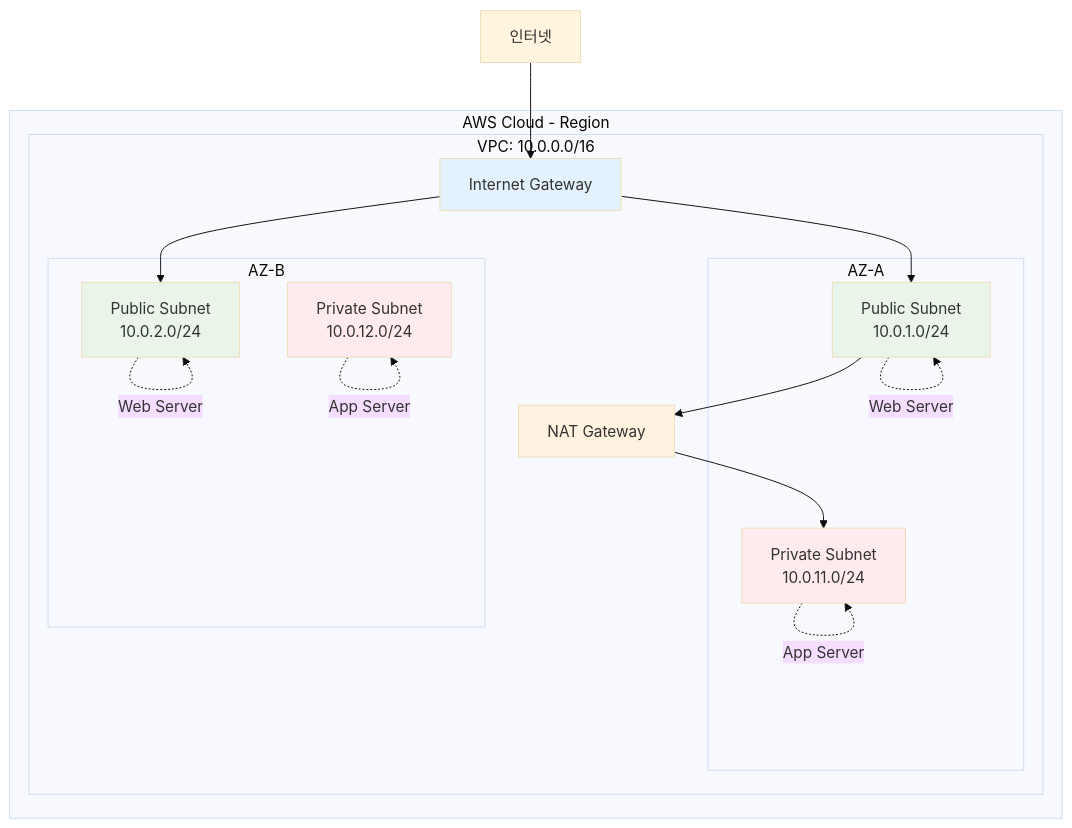
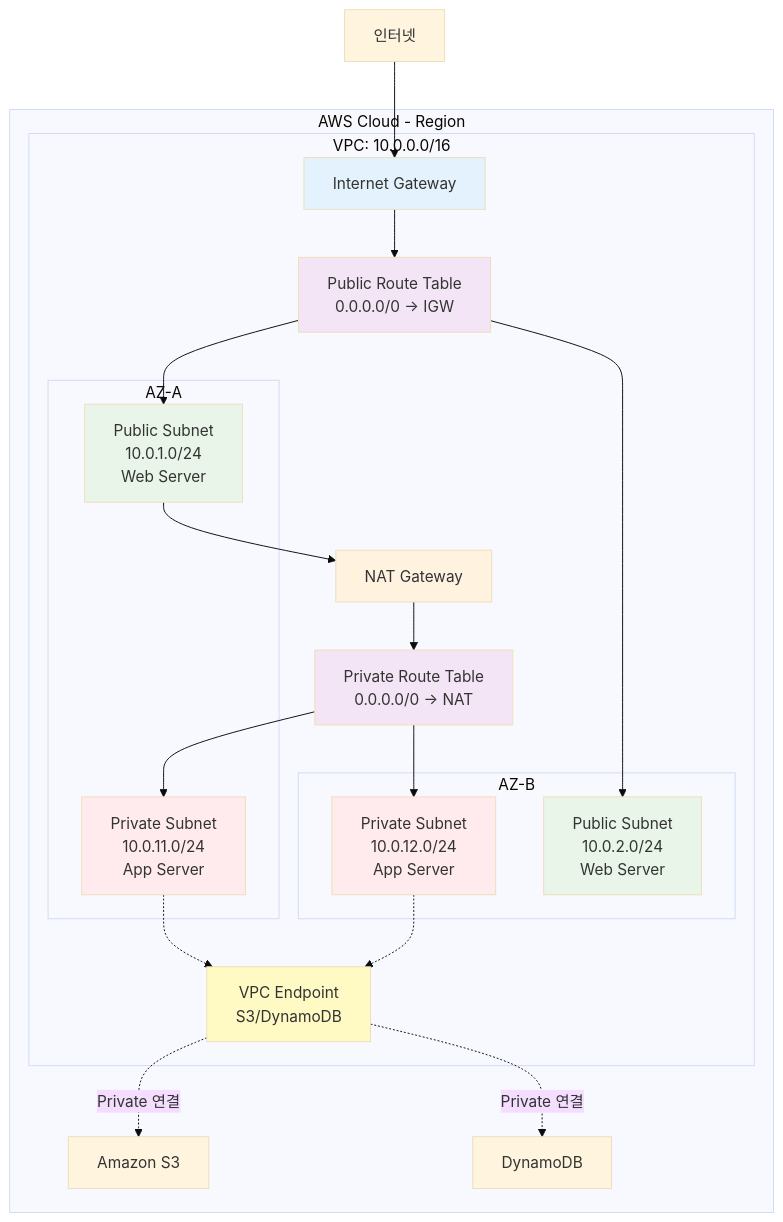
Before and after one commit to niceguy61/kdt_devops_lecture_2025: the second of 8 diagrams in theory/week_05/day1/session_2.md, drawn with Mermaid (base theme).

Commit message:
route table, vpc endpoint

````diff
--- a/theory/week_05/day1/session_2.md
+++ b/theory/week_05/day1/session_2.md
@@ -101,36 +101,52 @@
 ```mermaid
 graph TB
     subgraph "AWS Cloud - Region"
         subgraph "VPC: 10.0.0.0/16"
             subgraph "AZ-A"
-                PS1[Public Subnet<br/>10.0.1.0/24]
-                PRS1[Private Subnet<br/>10.0.11.0/24]
+                PS1[Public Subnet<br/>10.0.1.0/24<br/>Web Server]
+                PRS1[Private Subnet<br/>10.0.11.0/24<br/>App Server]
             end
             
             subgraph "AZ-B"
-                PS2[Public Subnet<br/>10.0.2.0/24]
-                PRS2[Private Subnet<br/>10.0.12.0/24]
+                PS2[Public Subnet<br/>10.0.2.0/24<br/>Web Server]
+                PRS2[Private Subnet<br/>10.0.12.0/24<br/>App Server]
             end
             
             IGW[Internet Gateway]
             NAT[NAT Gateway]
+            
+            PubRT[Public Route Table<br/>0.0.0.0/0 → IGW]
+            PrivRT[Private Route Table<br/>0.0.0.0/0 → NAT]
+            
+            VPCE[VPC Endpoint<br/>S3/DynamoDB]
         end
+        
+        S3[Amazon S3]
+        DDB[DynamoDB]
     end
     
     Internet[인터넷] --> IGW
-    IGW --> PS1
-    IGW --> PS2
+    IGW --> PubRT
+    PubRT --> PS1
+    PubRT --> PS2
+    
     PS1 --> NAT
-    NAT --> PRS1
-    PS1 -.Web Server.-> PS1
-    PS2 -.Web Server.-> PS2
-    PRS1 -.App Server.-> PRS1
-    PRS2 -.App Server.-> PRS2
+    NAT --> PrivRT
+    PrivRT --> PRS1
+    PrivRT --> PRS2
+    
+    PRS1 -.-> VPCE
+    PRS2 -.-> VPCE
+    VPCE -.Private 연결.-> S3
+    VPCE -.Private 연결.-> DDB
     
     style PS1 fill:#e8f5e8
     style PS2 fill:#e8f5e8
     style PRS1 fill:#ffebee
     style PRS2 fill:#ffebee
     style IGW fill:#e3f2fd
     style NAT fill:#fff3e0
+    style PubRT fill:#f3e5f5
+    style PrivRT fill:#f3e5f5
+    style VPCE fill:#fff9c4
 ```
````
